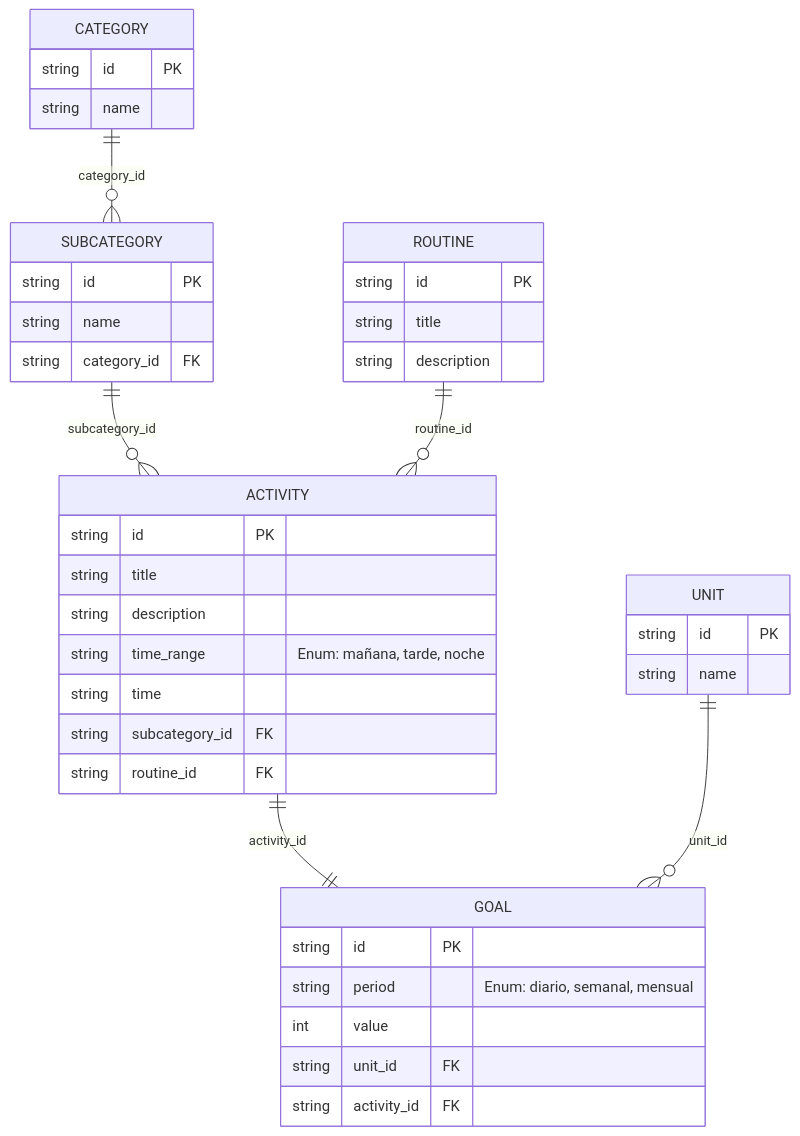
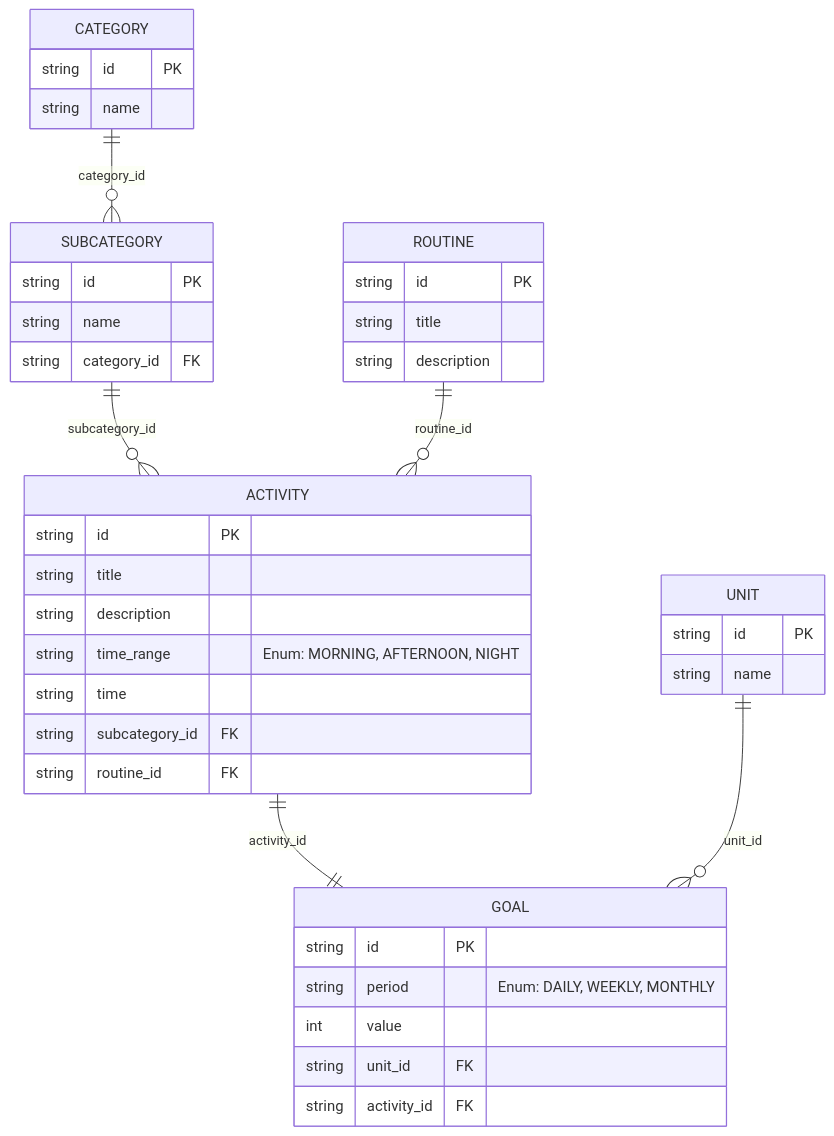
Before and after one commit to No-Country-simulation/c24-34-t-webapp: the diagram in README.md, drawn with Mermaid. The commit also changed other lines of this file, not shown here.

````diff
--- a/README.md
+++ b/README.md
@@ -21,48 +21,48 @@
 ```mermaid
 erDiagram
     CATEGORY {
         string id PK
         string name
     }
 
     SUBCATEGORY {
         string id PK
         string name
         string category_id FK
     }
 
     ACTIVITY {
         string id PK
         string title
         string description
-        string time_range "Enum: mañana, tarde, noche"
+        string time_range "Enum: MORNING, AFTERNOON, NIGHT"
         string time
         string subcategory_id FK
         string routine_id FK
     }
 
     GOAL {
         string id PK
-        string period "Enum: diario, semanal, mensual"
+        string period "Enum: DAILY, WEEKLY, MONTHLY"
         int value
         string unit_id FK
         string activity_id FK
     }
 
     UNIT {
         string id PK
         string name
     }
 
     ROUTINE {
         string id PK
         string title
         string description
     }
 
     CATEGORY ||--o{ SUBCATEGORY : "category_id"
     SUBCATEGORY ||--o{ ACTIVITY : "subcategory_id"
     ACTIVITY ||--|| GOAL : "activity_id"
     UNIT ||--o{ GOAL : "unit_id"
     ROUTINE ||--o{ ACTIVITY : "routine_id"
 ```
````
